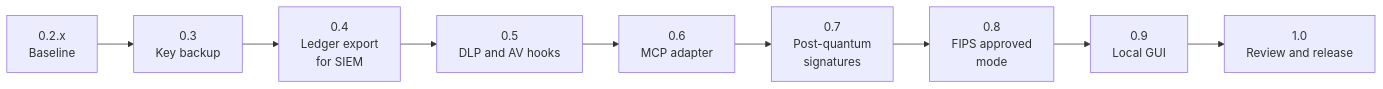
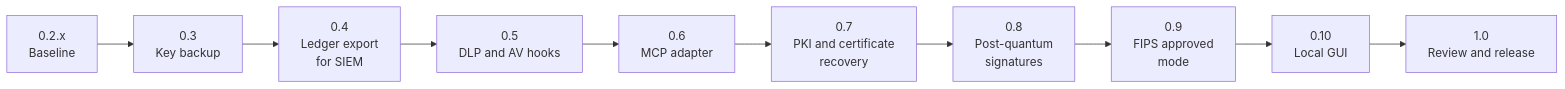
Before and after one commit to Insomniac-VibeLabs/two-key-concept: the third of 3 diagrams in README.md, drawn with Mermaid. The commit also changed other lines of this file and 3 other files, not shown here.

````diff
--- a/README.md
+++ b/README.md
@@ -300,11 +303,12 @@
 ```mermaid
 flowchart LR
   p0["0.2.x<br/>Baseline"] --> p1["0.3<br/>Key backup"]
   p1 --> p2["0.4<br/>Ledger export<br/>for SIEM"]
   p2 --> p3["0.5<br/>DLP and AV hooks"]
   p3 --> p4["0.6<br/>MCP adapter"]
-  p4 --> p5["0.7<br/>Post-quantum<br/>signatures"]
-  p5 --> p6["0.8<br/>FIPS approved<br/>mode"]
-  p6 --> p7["0.9<br/>Local GUI"]
-  p7 --> p8["1.0<br/>Review and release"]
+  p4 --> p5["0.7<br/>PKI and certificate<br/>recovery"]
+  p5 --> p6["0.8<br/>Post-quantum<br/>signatures"]
+  p6 --> p7["0.9<br/>FIPS approved<br/>mode"]
+  p7 --> p8["0.10<br/>Local GUI"]
+  p8 --> p9["1.0<br/>Review and release"]
 ```
````
